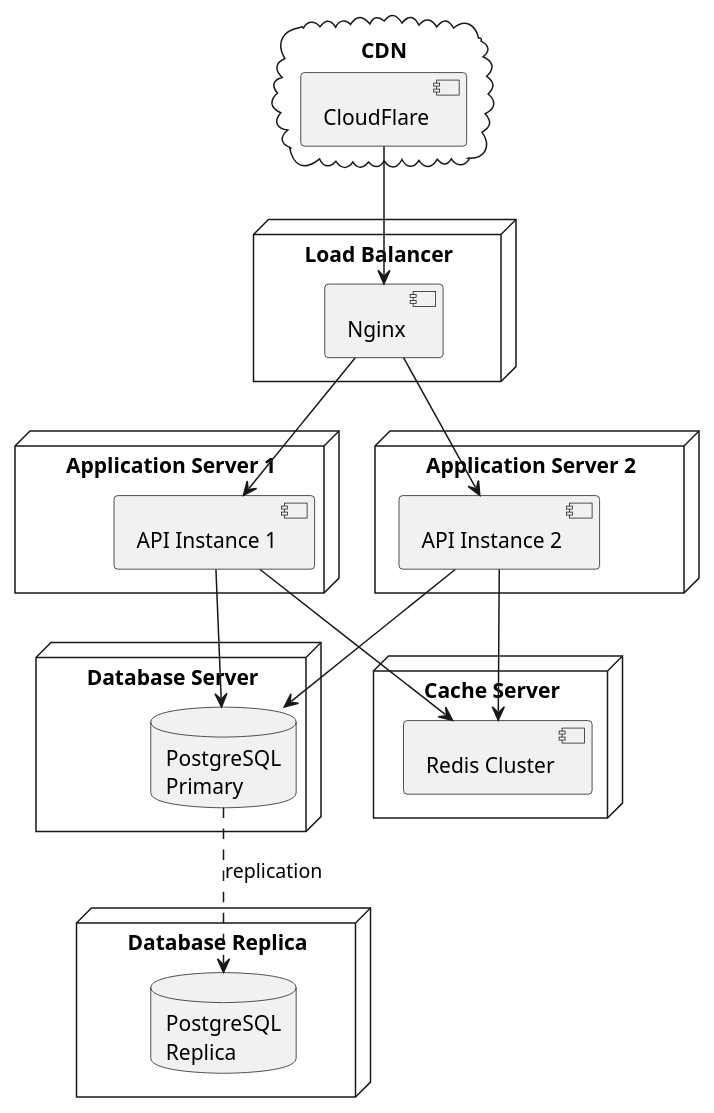
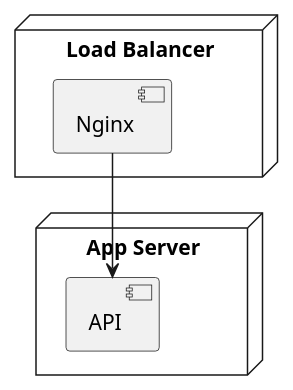
Before and after one commit to oboukhris-palo/training-day-3: the fourth of 5 diagrams in project-template/.github/guides/diagram-usage.guide.md, drawn with PlantUML. The commit also changed other lines of this file and 17 other files, not shown here.

````diff
--- a/project-template/.github/guides/diagram-usage.guide.md
+++ b/project-template/.github/guides/diagram-usage.guide.md
@@ -461,44 +49,11 @@
 ```plantuml
 @startuml
 node "Load Balancer" {
     [Nginx]
 }
-
-node "Application Server 1" {
-    [API Instance 1]
+node "App Server" {
+    [API]
 }
-
-node "Application Server 2" {
-    [API Instance 2]
-}
-
-node "Database Server" {
-    database "PostgreSQL\nPrimary" as PG1
-}
-
-node "Database Replica" {
-    database "PostgreSQL\nReplica" as PG2
-}
-
-node "Cache Server" {
-    [Redis Cluster]
-}
-
-cloud "CDN" {
-    [CloudFlare]
-}
-
-[Nginx] --> [API Instance 1]
-[Nginx] --> [API Instance 2]
-
-[API Instance 1] --> [Redis Cluster]
-[API Instance 2] --> [Redis Cluster]
-
-[API Instance 1] --> PG1
-[API Instance 2] --> PG1
-
-PG1 ..> PG2 : replication
-
-[CloudFlare] --> [Nginx]
+[Nginx] --> [API]
 @enduml
 ```
````
